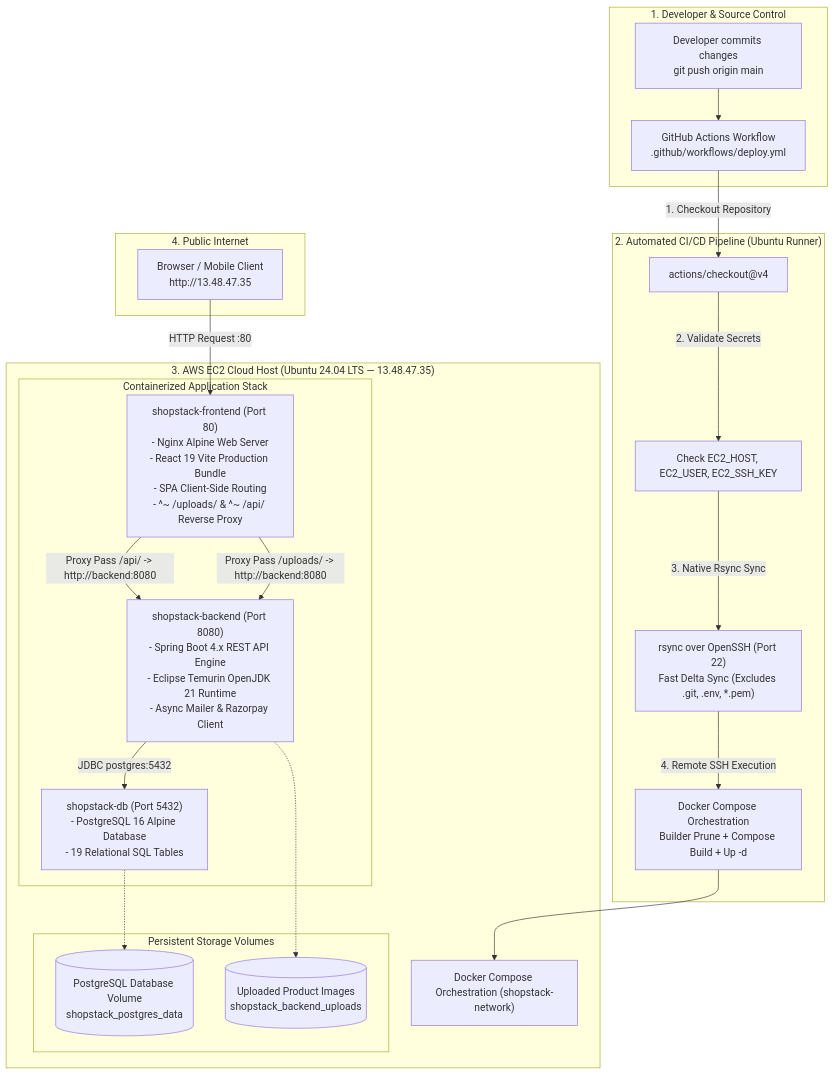
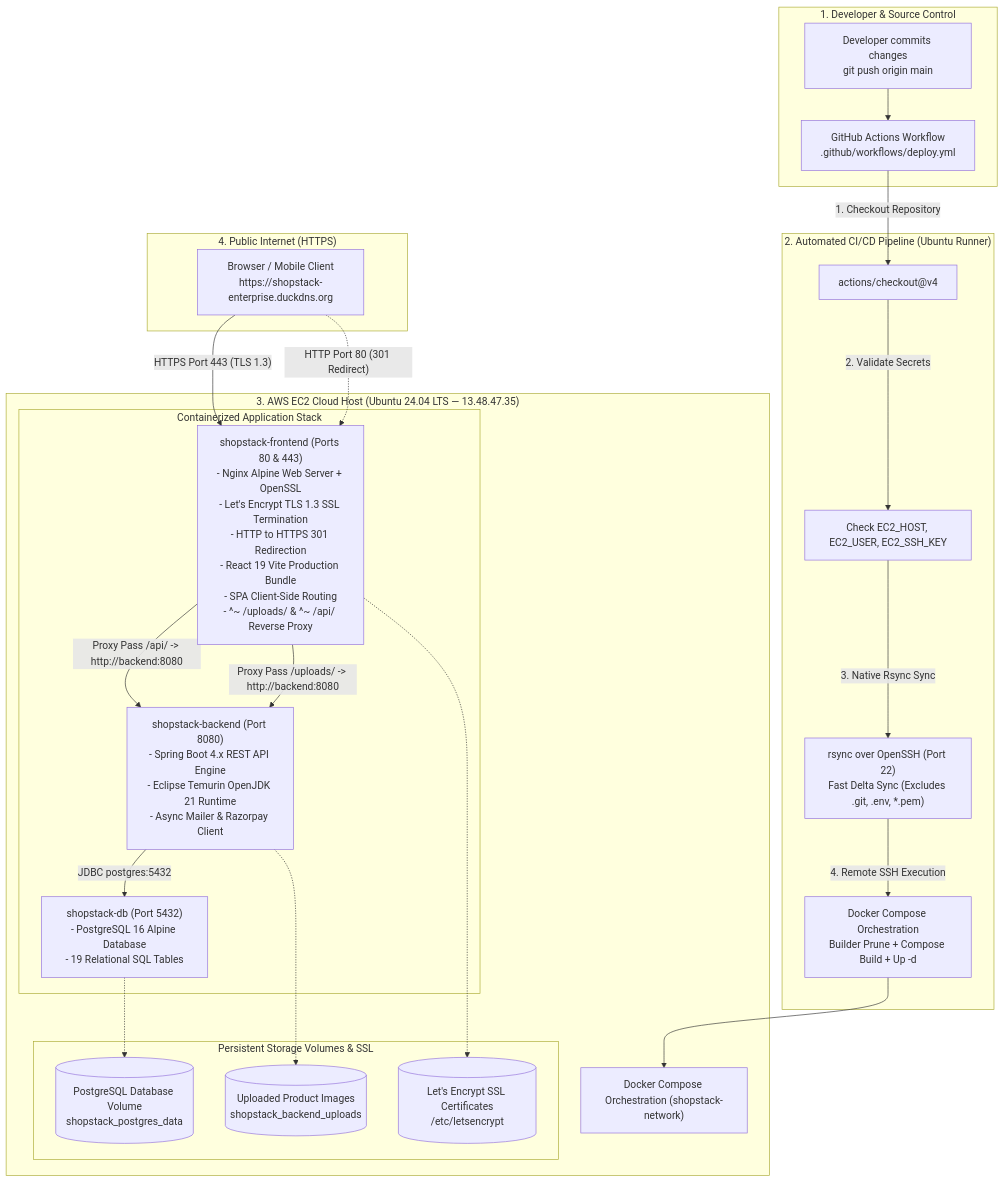
The eighth of 8 diagrams in README.md (anirban0021/ShopStack--Enterprise-Multi-Vendor-E-Commerce-Platform), drawn with Mermaid before and after one commit. The commit also changed other lines of this file, not shown here.

Commit message:
docs: update Day 16 milestone in README with clean HTTPS domain and Let's Encrypt SSL architecture

````diff
--- a/README.md
+++ b/README.md
@@ -2367,41 +2378,44 @@
 ```mermaid
 flowchart TD
     subgraph "1. Developer & Source Control"
         Dev["Developer commits changes<br/>git push origin main"] --> GHA["GitHub Actions Workflow<br/>.github/workflows/deploy.yml"]
     end
 
     subgraph "2. Automated CI/CD Pipeline (Ubuntu Runner)"
         GHA -->|"1. Checkout Repository"| GH1["actions/checkout@v4"]
         GH1 -->|"2. Validate Secrets"| GH2["Check EC2_HOST, EC2_USER, EC2_SSH_KEY"]
         GH2 -->|"3. Native Rsync Sync"| GH3["rsync over OpenSSH (Port 22)<br/>Fast Delta Sync (Excludes .git, .env, *.pem)"]
         GH3 -->|"4. Remote SSH Execution"| GH4["Docker Compose Orchestration<br/>Builder Prune + Compose Build + Up -d"]
     end
 
     subgraph "3. AWS EC2 Cloud Host (Ubuntu 24.04 LTS — 13.48.47.35)"
         GH4 --> Docker["Docker Compose Orchestration (shopstack-network)"]
         
         subgraph "Containerized Application Stack"
-            Frontend["shopstack-frontend (Port 80)<br/>- Nginx Alpine Web Server<br/>- React 19 Vite Production Bundle<br/>- SPA Client-Side Routing<br/>- ^~ /uploads/ & ^~ /api/ Reverse Proxy"]
+            Frontend["shopstack-frontend (Ports 80 & 443)<br/>- Nginx Alpine Web Server + OpenSSL<br/>- Let's Encrypt TLS 1.3 SSL Termination<br/>- HTTP to HTTPS 301 Redirection<br/>- React 19 Vite Production Bundle<br/>- SPA Client-Side Routing<br/>- ^~ /uploads/ & ^~ /api/ Reverse Proxy"]
             
             Backend["shopstack-backend (Port 8080)<br/>- Spring Boot 4.x REST API Engine<br/>- Eclipse Temurin OpenJDK 21 Runtime<br/>- Async Mailer & Razorpay Client"]
             
             Database["shopstack-db (Port 5432)<br/>- PostgreSQL 16 Alpine Database<br/>- 19 Relational SQL Tables"]
         end
 
-        subgraph "Persistent Storage Volumes"
+        subgraph "Persistent Storage Volumes & SSL"
             VolDB[("PostgreSQL Database Volume<br/>shopstack_postgres_data")]
             VolUploads[("Uploaded Product Images<br/>shopstack_backend_uploads")]
+            VolSSL[("Let's Encrypt SSL Certificates<br/>/etc/letsencrypt")]
         end
     end
 
-    subgraph "4. Public Internet"
-        Client["Browser / Mobile Client<br/>http://13.48.47.35"]
+    subgraph "4. Public Internet (HTTPS)"
+        Client["Browser / Mobile Client<br/>https://shopstack-enterprise.duckdns.org"]
     end
 
-    Client -->|"HTTP Request :80"| Frontend
+    Client -->|"HTTPS Port 443 (TLS 1.3)"| Frontend
+    Client -.->|"HTTP Port 80 (301 Redirect)"| Frontend
     Frontend -->|"Proxy Pass /api/ -> http://backend:8080"| Backend
     Frontend -->|"Proxy Pass /uploads/ -> http://backend:8080"| Backend
+    Frontend -.-> VolSSL
     Backend -->|"JDBC postgres:5432"| Database
     Database -.-> VolDB
     Backend -.-> VolUploads
 ```
````
